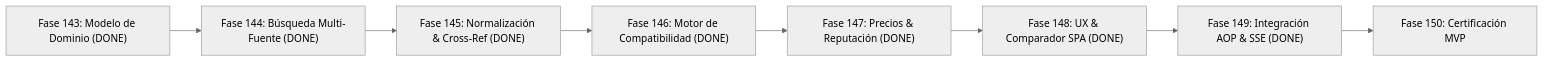
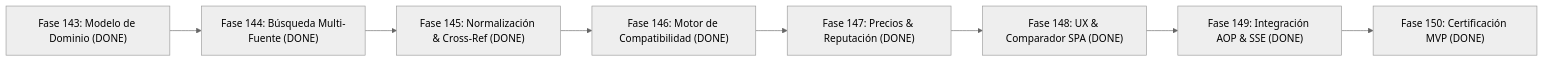
One commit to johangonzahenri/ai-operating-platform changed the third of 4 diagrams in docs/MASTER_WORK_PLAN.md. Above: the diagram before and after it, drawn with Mermaid (neutral theme). The commit also changed other lines of this file and 18 other files, not shown here.

````diff
--- a/docs/MASTER_WORK_PLAN.md
+++ b/docs/MASTER_WORK_PLAN.md
@@ -854,10 +854,10 @@
 ```mermaid
 flowchart LR
     F143["Fase 143: Modelo de Dominio (DONE)"] --> F144["Fase 144: Búsqueda Multi-Fuente (DONE)"]
     F144 --> F145["Fase 145: Normalización & Cross-Ref (DONE)"]
     F145 --> F146["Fase 146: Motor de Compatibilidad (DONE)"]
     F146 --> F147["Fase 147: Precios & Reputación (DONE)"]
     F147 --> F148["Fase 148: UX & Comparador SPA (DONE)"]
     F148 --> F149["Fase 149: Integración AOP & SSE (DONE)"]
-    F149 --> F150["Fase 150: Certificación MVP"]
+    F149 --> F150["Fase 150: Certificación MVP (DONE)"]
 ```
````
